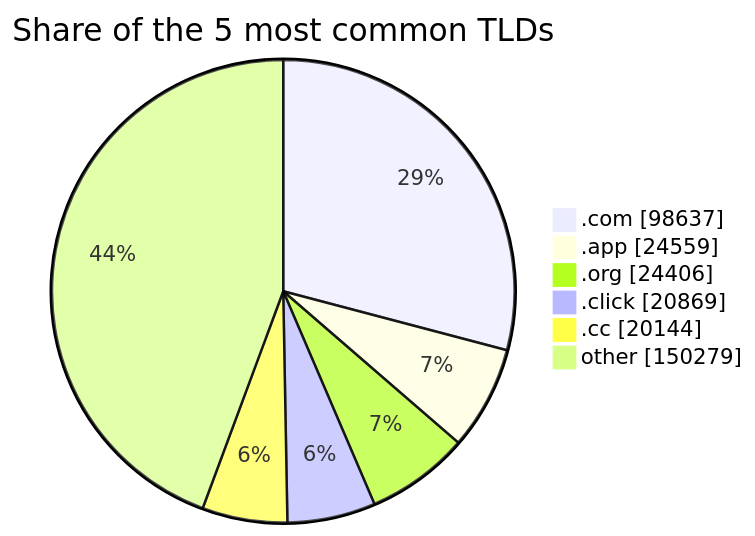
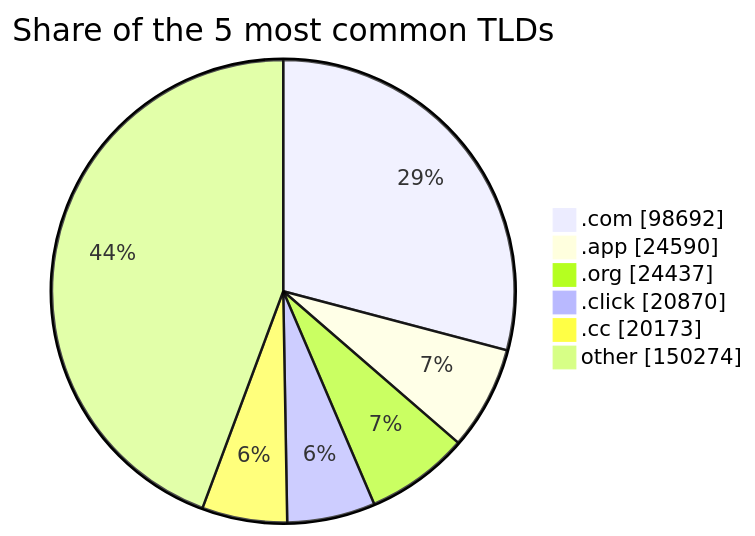
Before and after one commit to DNSBunker/CTI: the third of 3 diagrams in README.md, drawn with Mermaid. The commit also changed other lines of this file and 4 other files, not shown here.

````diff
--- a/README.md
+++ b/README.md
@@ -81,9 +81,9 @@
 ```mermaid
 pie showData title Share of the 5 most common TLDs
-    ".com" : 98637
-    ".app" : 24559
-    ".org" : 24406
-    ".click" : 20869
-    ".cc" : 20144
-    "other" : 150279
+    ".com" : 98692
+    ".app" : 24590
+    ".org" : 24437
+    ".click" : 20870
+    ".cc" : 20173
+    "other" : 150274
 ```
````
